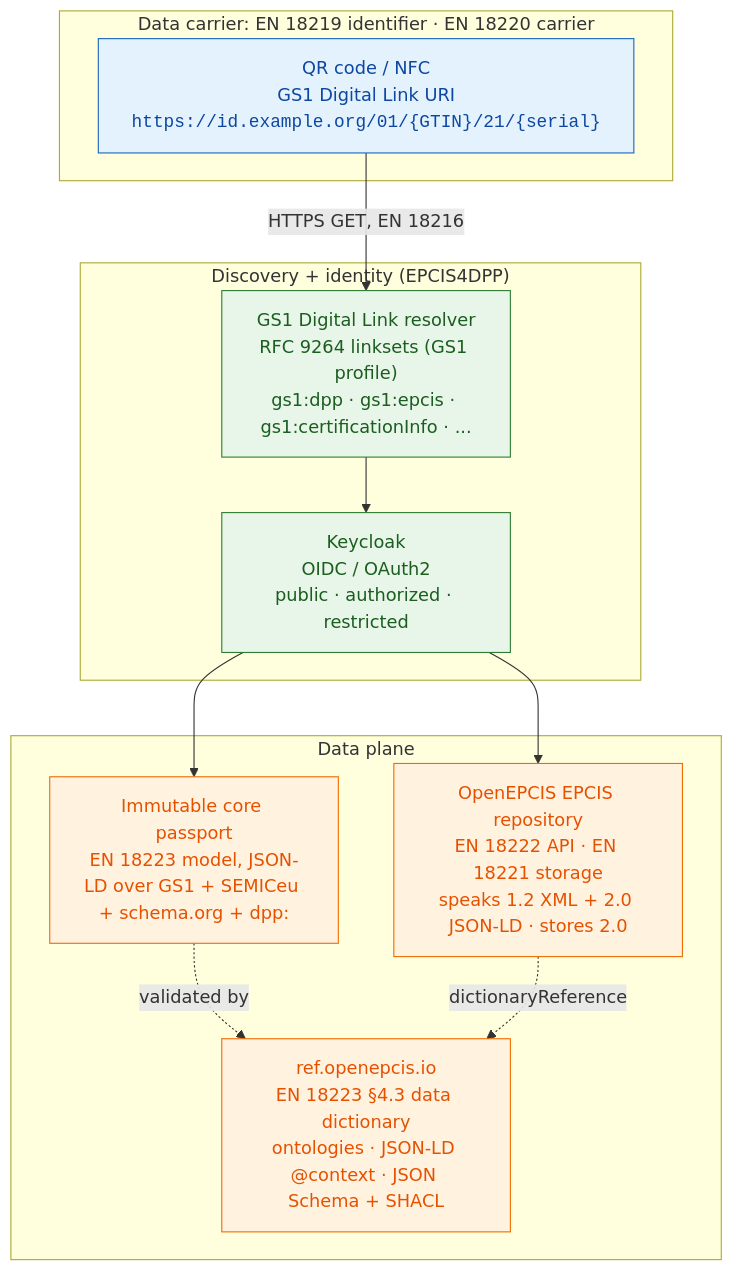
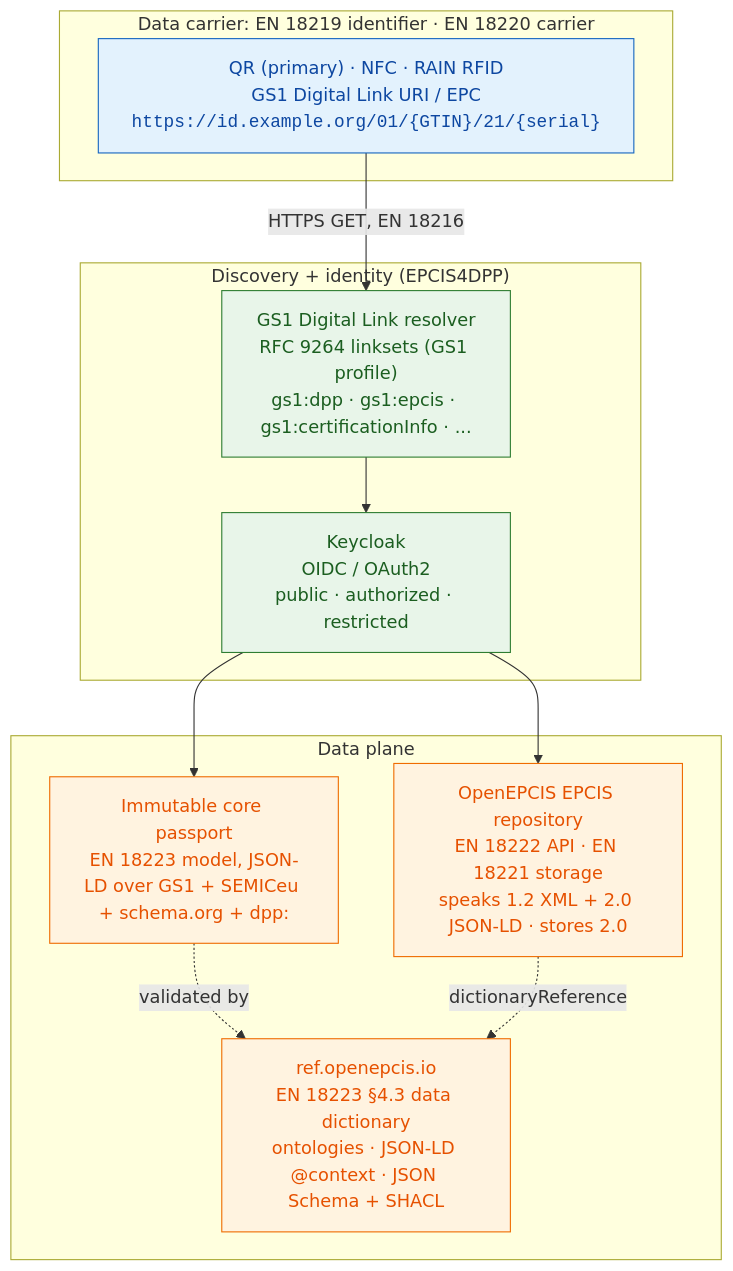
Before and after one commit to openepcis/openepcis-dpp-ready: the first of 3 diagrams in extensions/common/interop/docs/GS1_STACK_EN182XX_WHITEPAPER.md, drawn with Mermaid. The commit also changed other lines of this file and 2 other files, not shown here.

````diff
--- a/extensions/common/interop/docs/GS1_STACK_EN182XX_WHITEPAPER.md
+++ b/extensions/common/interop/docs/GS1_STACK_EN182XX_WHITEPAPER.md
@@ -135,31 +137,31 @@
 ```mermaid
 flowchart TB
     subgraph CARRIER["Data carrier: EN 18219 identifier · EN 18220 carrier"]
-        QR["QR code / NFC<br/>GS1 Digital Link URI<br/><code>https://id.example.org/01/{GTIN}/21/{serial}</code>"]
+        QR["QR (primary) · NFC · RAIN RFID<br/>GS1 Digital Link URI / EPC<br/><code>https://id.example.org/01/{GTIN}/21/{serial}</code>"]
     end
 
     subgraph EDGE["Discovery + identity (EPCIS4DPP)"]
         KC["Keycloak<br/>OIDC / OAuth2<br/>public · authorized · restricted"]
         DLR["GS1 Digital Link resolver<br/>RFC 9264 linksets (GS1 profile)<br/>gs1:dpp · gs1:epcis · gs1:certificationInfo · ..."]
     end
 
     subgraph DATA["Data plane"]
         REG["ref.openepcis.io<br/>EN 18223 §4.3 data dictionary<br/>ontologies · JSON-LD @context · JSON Schema + SHACL"]
         CORE["Immutable core passport<br/>EN 18223 model, JSON-LD over GS1 + SEMICeu + schema.org + dpp:"]
         EPCIS["OpenEPCIS EPCIS repository<br/>EN 18222 API · EN 18221 storage<br/>speaks 1.2 XML + 2.0 JSON-LD · stores 2.0"]
     end
 
     QR -->|HTTPS GET, EN 18216| DLR
     DLR --> KC
     KC --> CORE
     KC --> EPCIS
     CORE -. validated by .-> REG
     EPCIS -. dictionaryReference .-> REG
 
     classDef carrier fill:#e3f2fd,stroke:#1565c0,color:#0d47a1;
     classDef edge fill:#e8f5e9,stroke:#2e7d32,color:#1b5e20;
     classDef data fill:#fff3e0,stroke:#ef6c00,color:#e65100;
     class QR carrier;
     class KC,DLR edge;
     class REG,CORE,EPCIS data;
 ```
````
